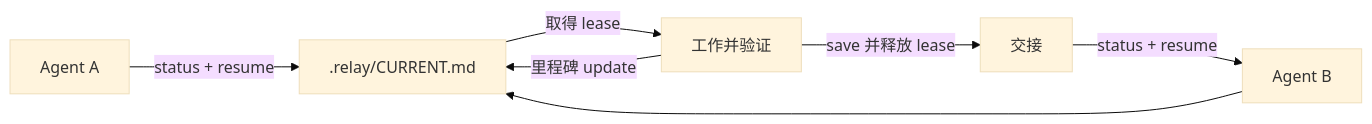
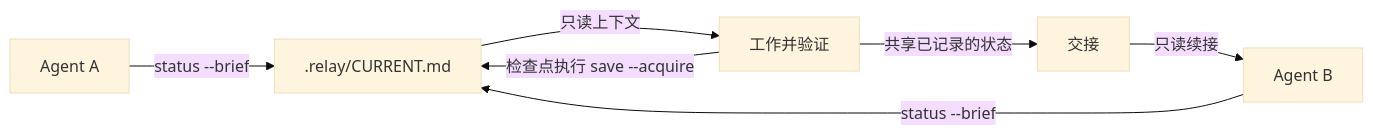
The diagram in README.zh-CN.md (seriousz158/project-continuity), drawn with Mermaid (base theme) before and after one commit. The commit also changed other lines of this file and 4 other files, not shown here.

First line of the commit message:
docs: default to one save --acquire per standalone checkpoint

````diff
--- a/README.zh-CN.md
+++ b/README.zh-CN.md
@@ -70,9 +70,9 @@
 ```mermaid
 flowchart LR
-    A[Agent A] -->|status + resume| C[.relay/CURRENT.md]
-    C -->|取得 lease| W[工作并验证]
-    W -->|里程碑 update| C
-    W -->|save 并释放 lease| H[交接]
-    H -->|status + resume| B[Agent B]
-    B --> C
+    A[Agent A] -->|status --brief| C[.relay/CURRENT.md]
+    C -->|只读上下文| W[工作并验证]
+    W -->|检查点执行 save --acquire| C
+    W -->|共享已记录的状态| H[交接]
+    H -->|只读续接| B[Agent B]
+    B -->|status --brief| C
 ```
````
